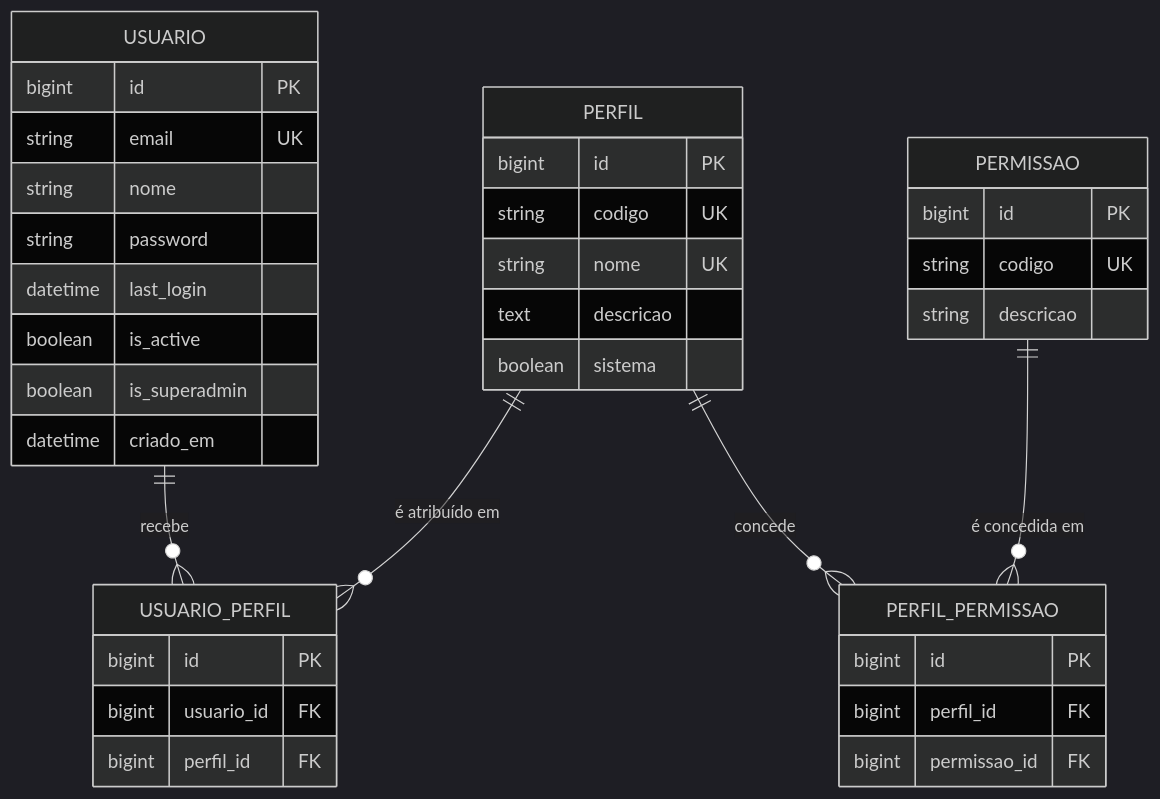
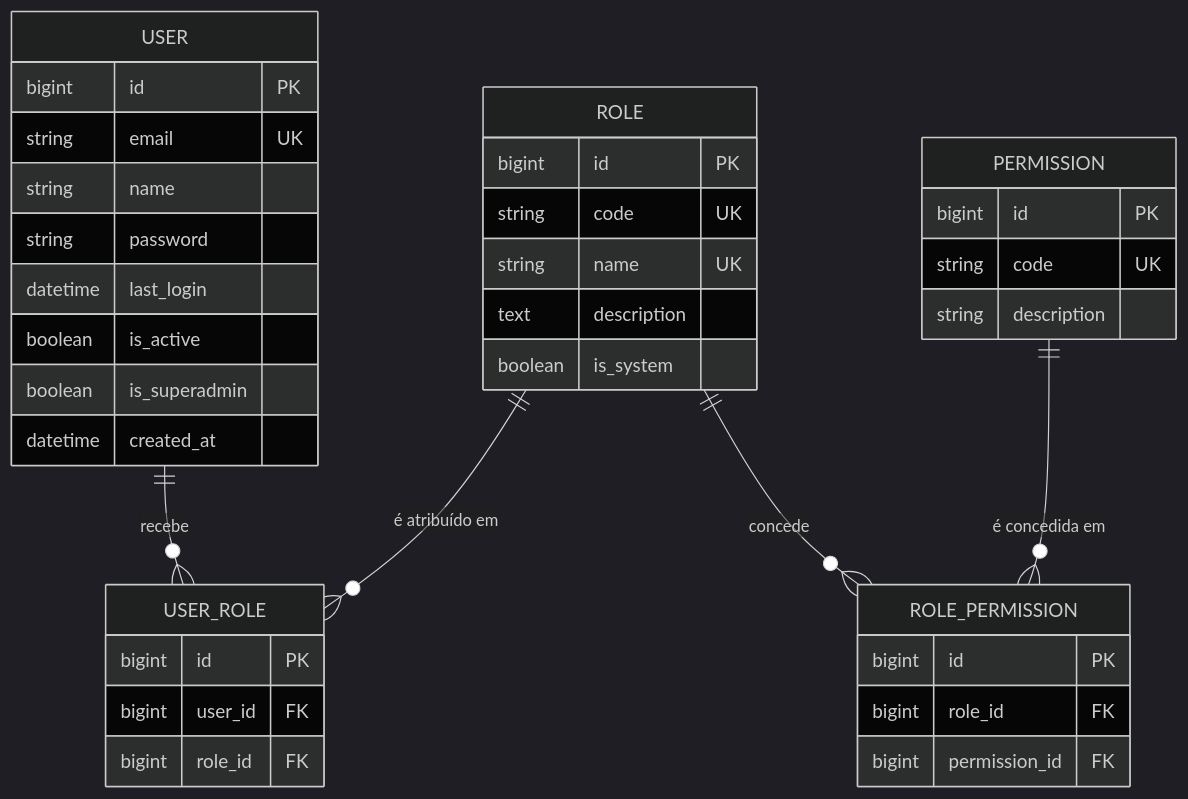
The diagram in openspec/changes/gerenciar-usuarios-e-controle-de-acesso/design.md (MuriloSG/TCC-Murilo-Goncalves), drawn with Mermaid (dark theme) before and after one commit. The commit also changed other lines of this file and 11 other files, not shown here.

````diff
--- a/openspec/changes/gerenciar-usuarios-e-controle-de-acesso/design.md
+++ b/openspec/changes/gerenciar-usuarios-e-controle-de-acesso/design.md
@@ -195,40 +195,40 @@
 ```mermaid
 erDiagram
-    USUARIO ||--o{ USUARIO_PERFIL : "recebe"
-    PERFIL ||--o{ USUARIO_PERFIL : "é atribuído em"
-    PERFIL ||--o{ PERFIL_PERMISSAO : "concede"
-    PERMISSAO ||--o{ PERFIL_PERMISSAO : "é concedida em"
+    USER ||--o{ USER_ROLE : "recebe"
+    ROLE ||--o{ USER_ROLE : "é atribuído em"
+    ROLE ||--o{ ROLE_PERMISSION : "concede"
+    PERMISSION ||--o{ ROLE_PERMISSION : "é concedida em"
 
-    USUARIO {
+    USER {
         bigint id PK
         string email UK
-        string nome
+        string name
         string password
         datetime last_login
         boolean is_active
         boolean is_superadmin
-        datetime criado_em
+        datetime created_at
     }
-    PERFIL {
+    ROLE {
         bigint id PK
-        string codigo UK
-        string nome UK
-        text descricao
-        boolean sistema
+        string code UK
+        string name UK
+        text description
+        boolean is_system
     }
-    PERMISSAO {
+    PERMISSION {
         bigint id PK
-        string codigo UK
-        string descricao
+        string code UK
+        string description
     }
-    USUARIO_PERFIL {
+    USER_ROLE {
         bigint id PK
-        bigint usuario_id FK
-        bigint perfil_id FK
+        bigint user_id FK
+        bigint role_id FK
     }
-    PERFIL_PERMISSAO {
+    ROLE_PERMISSION {
         bigint id PK
-        bigint perfil_id FK
-        bigint permissao_id FK
+        bigint role_id FK
+        bigint permission_id FK
     }
 ```
````
